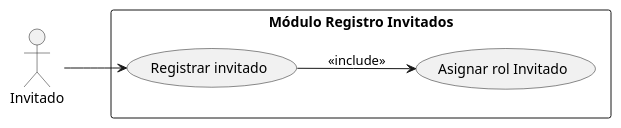
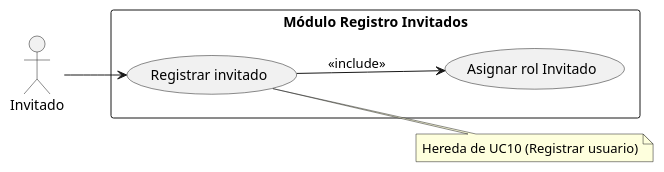
Before and after one commit to 3m1l10j4v13r4qu1n0/ift12_repo: the diagram in disenioSoftware/UC10b_RegistrarInvitado.puml, drawn with PlantUML. The commit also changed 11 other files, not shown here.

Commit message:
commit 4 se crea diagramas de alto nivel

```diff
--- a/disenioSoftware/UC10b_RegistrarInvitado.puml
+++ b/disenioSoftware/UC10b_RegistrarInvitado.puml
@@ -1,15 +1,17 @@
 @startuml UC10b_RegistrarInvitado
 left to right direction
 actor Invitado
 
 rectangle "Módulo Registro Invitados" {
   usecase UC10b as "Registrar invitado"
   usecase UC10h as "Asignar rol Invitado"
 
   UC10b --> UC10h : <<include>>
 }
 
 Invitado --> UC10b
-
+note right of UC10b
+Hereda de UC10 (Registrar usuario)
+end note
 
 @enduml
```
